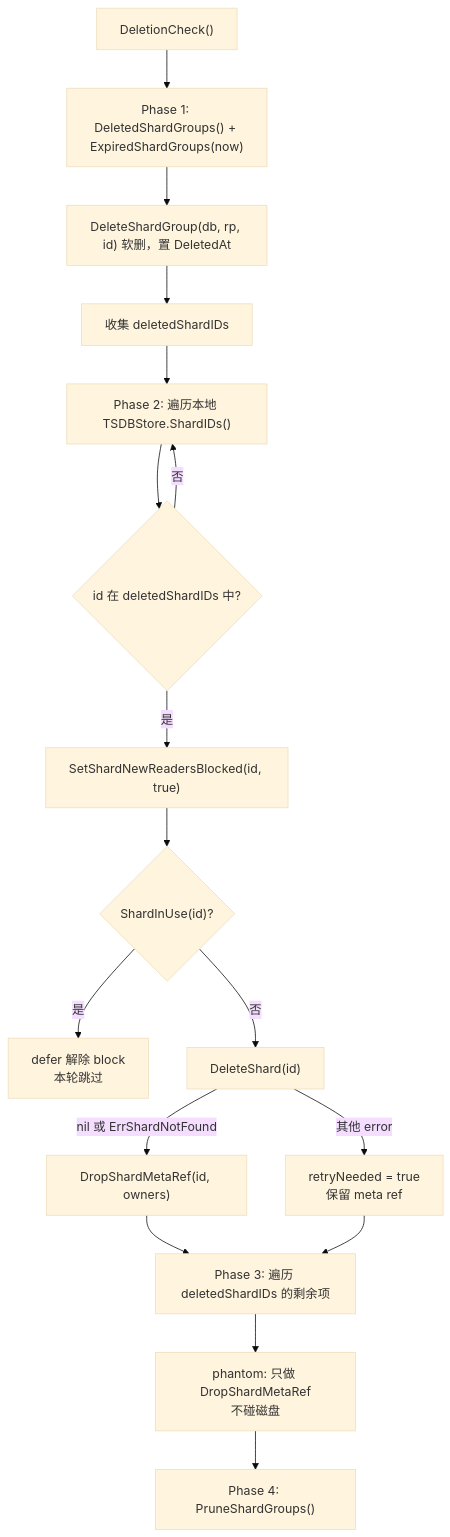
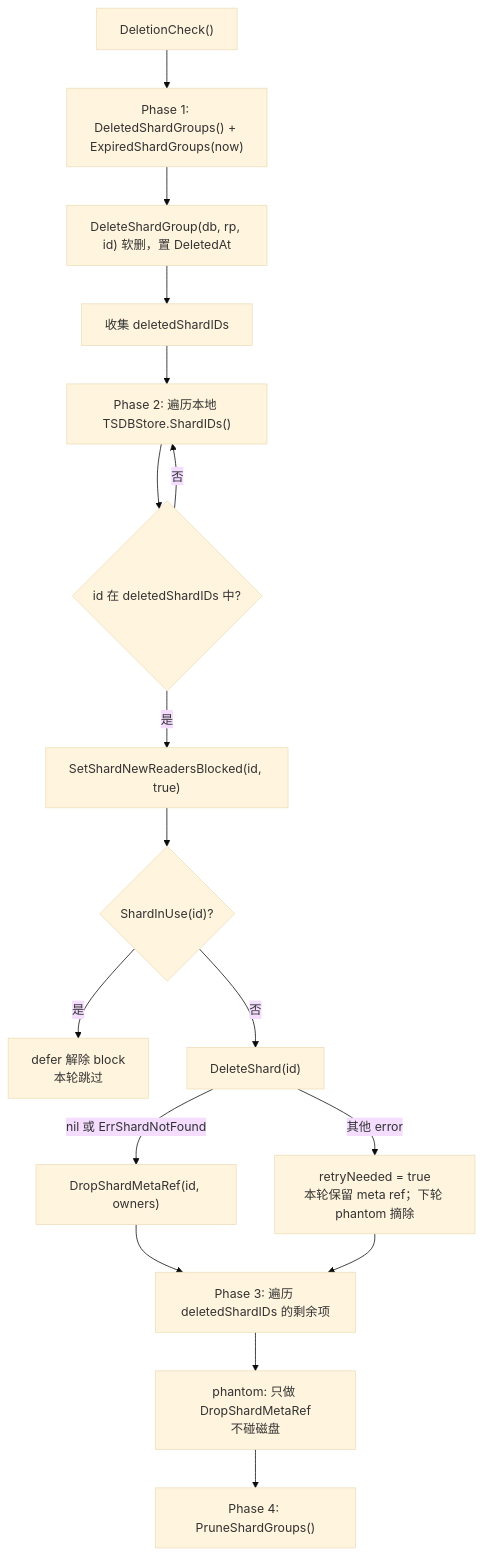
Diagram 16 of 17 in docs/specs/12_background_services_spec.md (stefanv5/influxdb), drawn with Mermaid (base theme) before and after one commit. The commit also changed other lines of this file and 18 other files, not shown here.

````diff
--- a/docs/specs/12_background_services_spec.md
+++ b/docs/specs/12_background_services_spec.md
@@ -1978,19 +1996,19 @@
 ```mermaid
 flowchart TD
     A["DeletionCheck()"] --> B["Phase 1: DeletedShardGroups() + ExpiredShardGroups(now)"]
     B --> C["DeleteShardGroup(db, rp, id) 软删，置 DeletedAt"]
     C --> D["收集 deletedShardIDs"]
     D --> E["Phase 2: 遍历本地 TSDBStore.ShardIDs()"]
     E --> F{"id 在 deletedShardIDs 中?"}
     F -->|"否"| E
     F -->|"是"| G["SetShardNewReadersBlocked(id, true)"]
     G --> H{"ShardInUse(id)?"}
     H -->|"是"| I["defer 解除 block<br/>本轮跳过"]
     H -->|"否"| J["DeleteShard(id)"]
     J -->|"nil 或 ErrShardNotFound"| K["DropShardMetaRef(id, owners)"]
-    J -->|"其他 error"| L["retryNeeded = true<br/>保留 meta ref"]
+    J -->|"其他 error"| L["retryNeeded = true<br/>本轮保留 meta ref；下轮 phantom 摘除"]
     K --> M["Phase 3: 遍历 deletedShardIDs 的剩余项"]
     L --> M
     M --> N["phantom: 只做 DropShardMetaRef<br/>不碰磁盘"]
     N --> O["Phase 4: PruneShardGroups()"]
 ```
````
